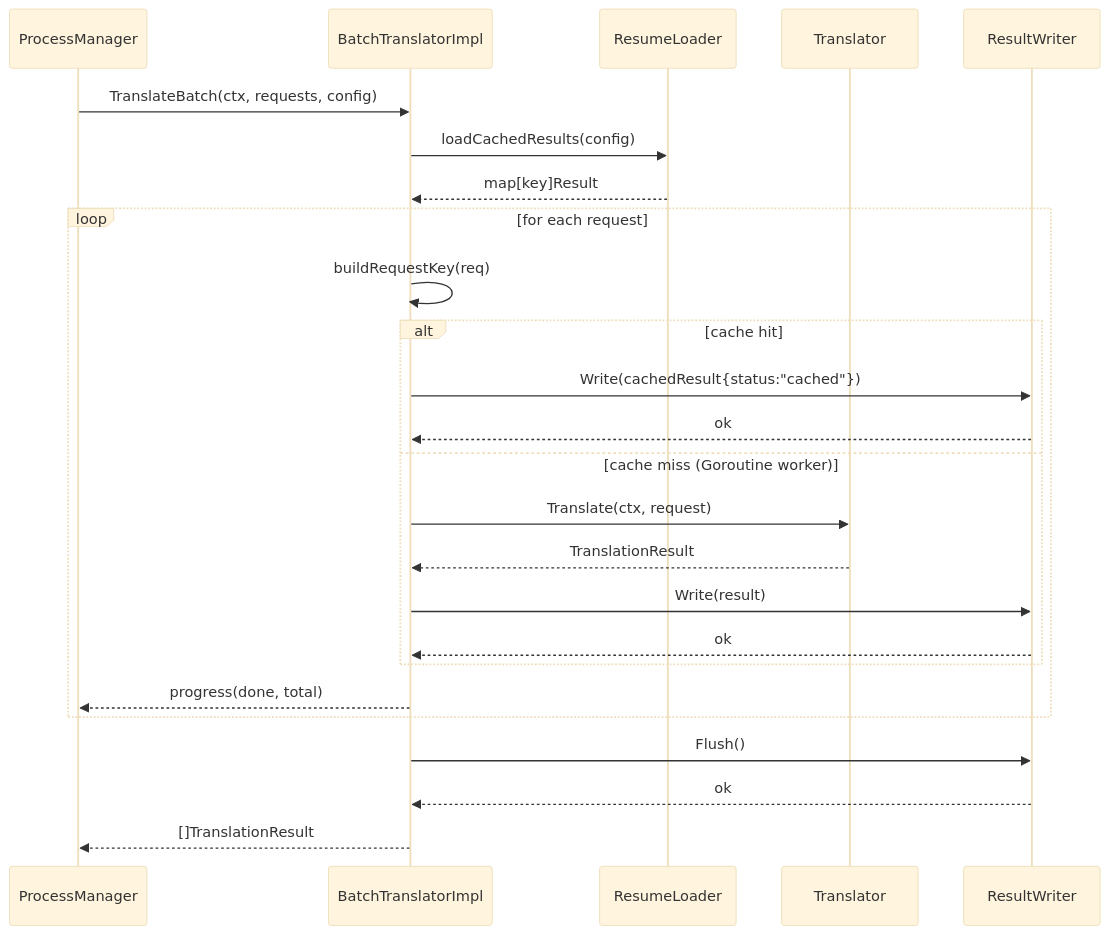
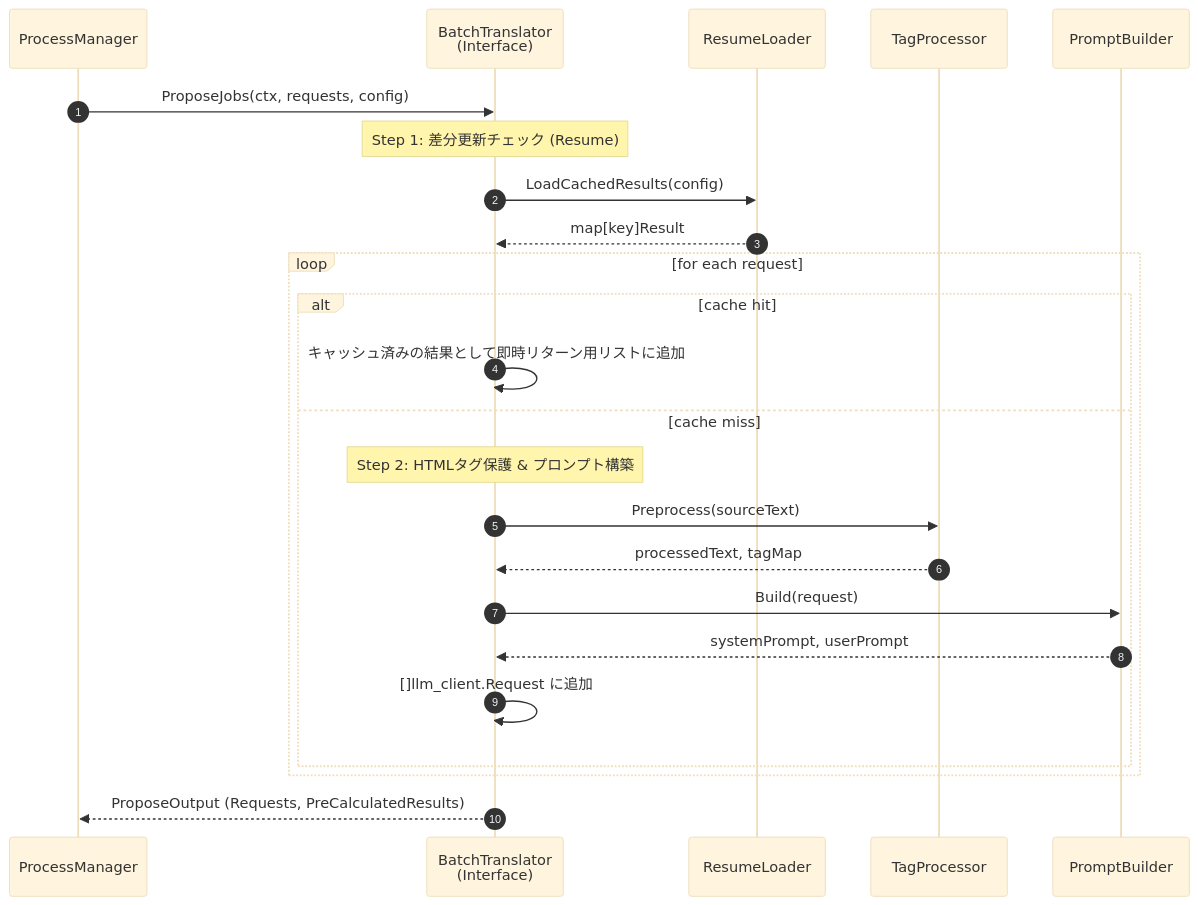
The first of 3 diagrams in specs/Pass2TranslatorSlice/main_translator_sequence_diagram.md (ishibata91/ai-translation-engine-2), drawn with Mermaid (base theme) before and after one commit. The commit also changed other lines of this file and 5 other files, not shown here.

````diff
--- a/specs/Pass2TranslatorSlice/main_translator_sequence_diagram.md
+++ b/specs/Pass2TranslatorSlice/main_translator_sequence_diagram.md
@@ -5,32 +9,30 @@
 ```mermaid
 sequenceDiagram
+    autonumber
     participant PM as ProcessManager
-    participant BT as BatchTranslatorImpl
+    participant BT as BatchTranslator<br/>(Interface)
     participant RL as ResumeLoader
-    participant TR as Translator
-    participant RW as ResultWriter
+    participant TP as TagProcessor
+    participant PB as PromptBuilder
 
-    PM->>BT: TranslateBatch(ctx, requests, config)
-    BT->>RL: loadCachedResults(config)
+    PM->>BT: ProposeJobs(ctx, requests, config)
+
+    Note over BT: Step 1: 差分更新チェック (Resume)
+    BT->>RL: LoadCachedResults(config)
     RL-->>BT: map[key]Result
 
     loop for each request
-        BT->>BT: buildRequestKey(req)
-
         alt cache hit
-            BT->>RW: Write(cachedResult{status:"cached"})
-            RW-->>BT: ok
-        else cache miss (Goroutine worker)
-            BT->>TR: Translate(ctx, request)
-            TR-->>BT: TranslationResult
-            BT->>RW: Write(result)
-            RW-->>BT: ok
+            BT->>BT: キャッシュ済みの結果として即時リターン用リストに追加
+        else cache miss
+            Note over BT: Step 2: HTMLタグ保護 & プロンプト構築
+            BT->>TP: Preprocess(sourceText)
+            TP-->>BT: processedText, tagMap
+            BT->>PB: Build(request)
+            PB-->>BT: systemPrompt, userPrompt
+            BT->>BT: []llm_client.Request に追加
         end
-
-        BT-->>PM: progress(done, total)
     end
 
-    BT->>RW: Flush()
-    RW-->>BT: ok
-    BT-->>PM: []TranslationResult
+    BT-->>PM: ProposeOutput (Requests, PreCalculatedResults)
 ```
````
